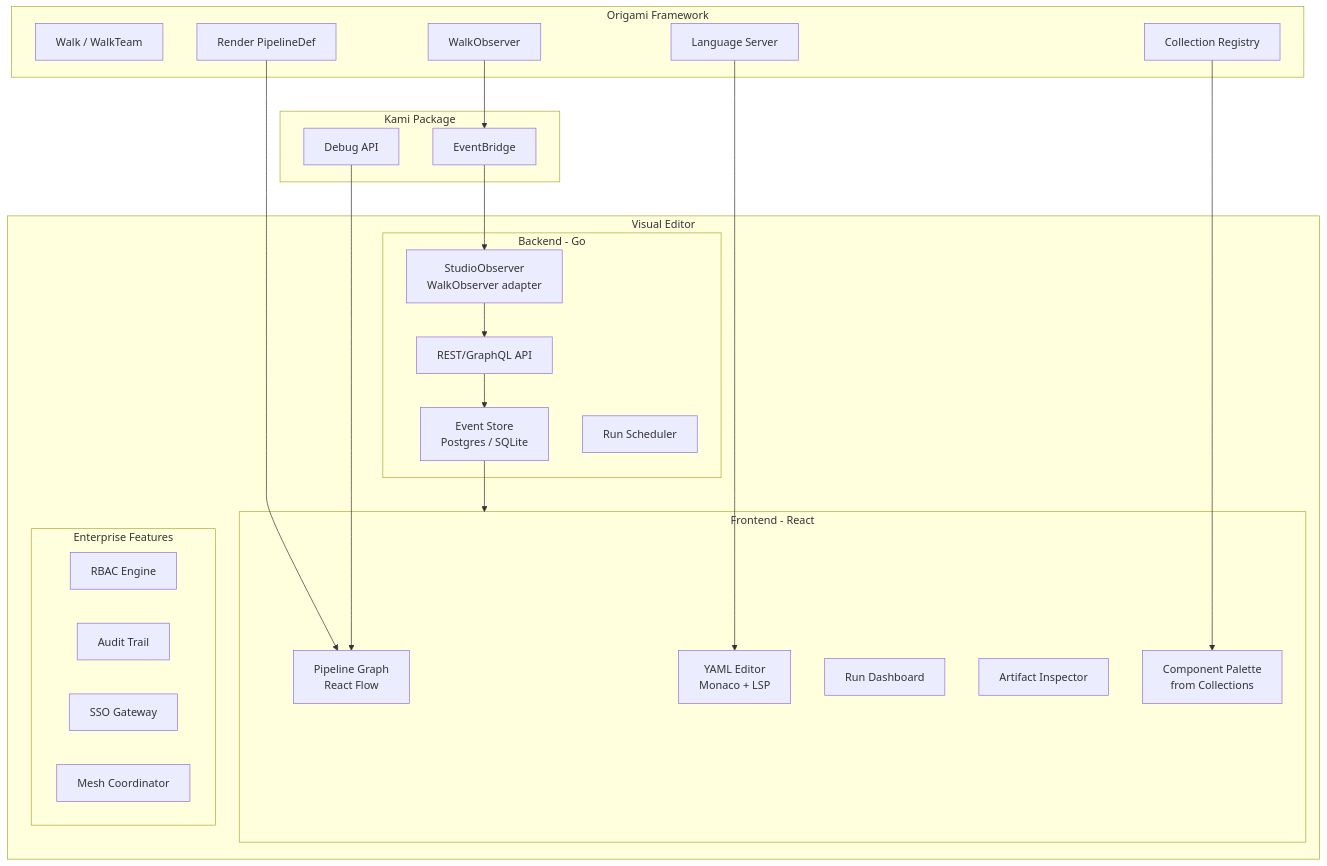
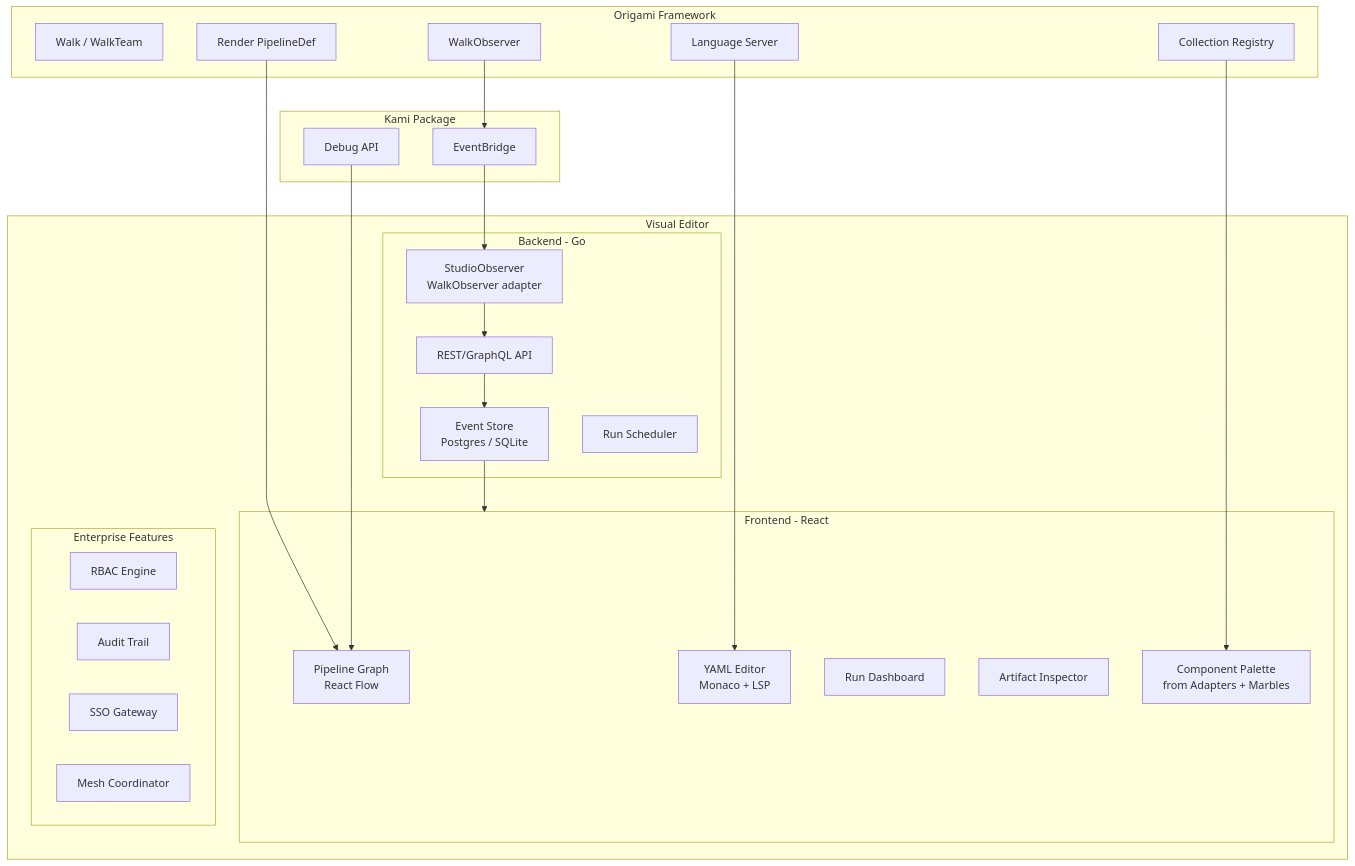
The second of 2 diagrams in .cursor/contracts/draft/visual-editor.md (dpopsuev/origami), drawn with Mermaid before and after one commit. The commit also changed other lines of this file and 14 other files, not shown here.

First line of the commit message:
docs(contracts): split collections into adapters+marbles, add CLI scaffold, housekeep roadmap

````diff
--- a/.cursor/contracts/draft/visual-editor.md
+++ b/.cursor/contracts/draft/visual-editor.md
@@ -48,47 +49,47 @@
 ```mermaid
 flowchart TB
     subgraph origami_fw [Origami Framework]
         Walk["Walk / WalkTeam"]
         Observer["WalkObserver"]
         Render["Render PipelineDef"]
         Colls["Collection Registry"]
         LSPSrv["Language Server"]
     end
 
     subgraph kami_pkg [Kami Package]
         EB["EventBridge"]
         Debug["Debug API"]
     end
 
     subgraph ve_app [Visual Editor]
         subgraph fe [Frontend - React]
             GraphUI["Pipeline Graph\nReact Flow"]
             YAMLPane["YAML Editor\nMonaco + LSP"]
             RunDash["Run Dashboard"]
             ArtView["Artifact Inspector"]
-            Palette["Component Palette\nfrom Collections"]
+            Palette["Component Palette\nfrom Adapters + Marbles"]
         end
         subgraph be [Backend - Go]
             API["REST/GraphQL API"]
             Store["Event Store\nPostgres / SQLite"]
             StudioObs["StudioObserver\nWalkObserver adapter"]
             Scheduler["Run Scheduler"]
         end
         subgraph enterprise [Enterprise Features]
             RBAC["RBAC Engine"]
             Audit["Audit Trail"]
             SSO["SSO Gateway"]
             Mesh["Mesh Coordinator"]
         end
     end
 
     Observer --> EB
     EB --> StudioObs
     StudioObs --> API
     Render --> GraphUI
     Colls --> Palette
     LSPSrv --> YAMLPane
     Debug --> GraphUI
     API --> Store
     Store --> fe
 ```
````
